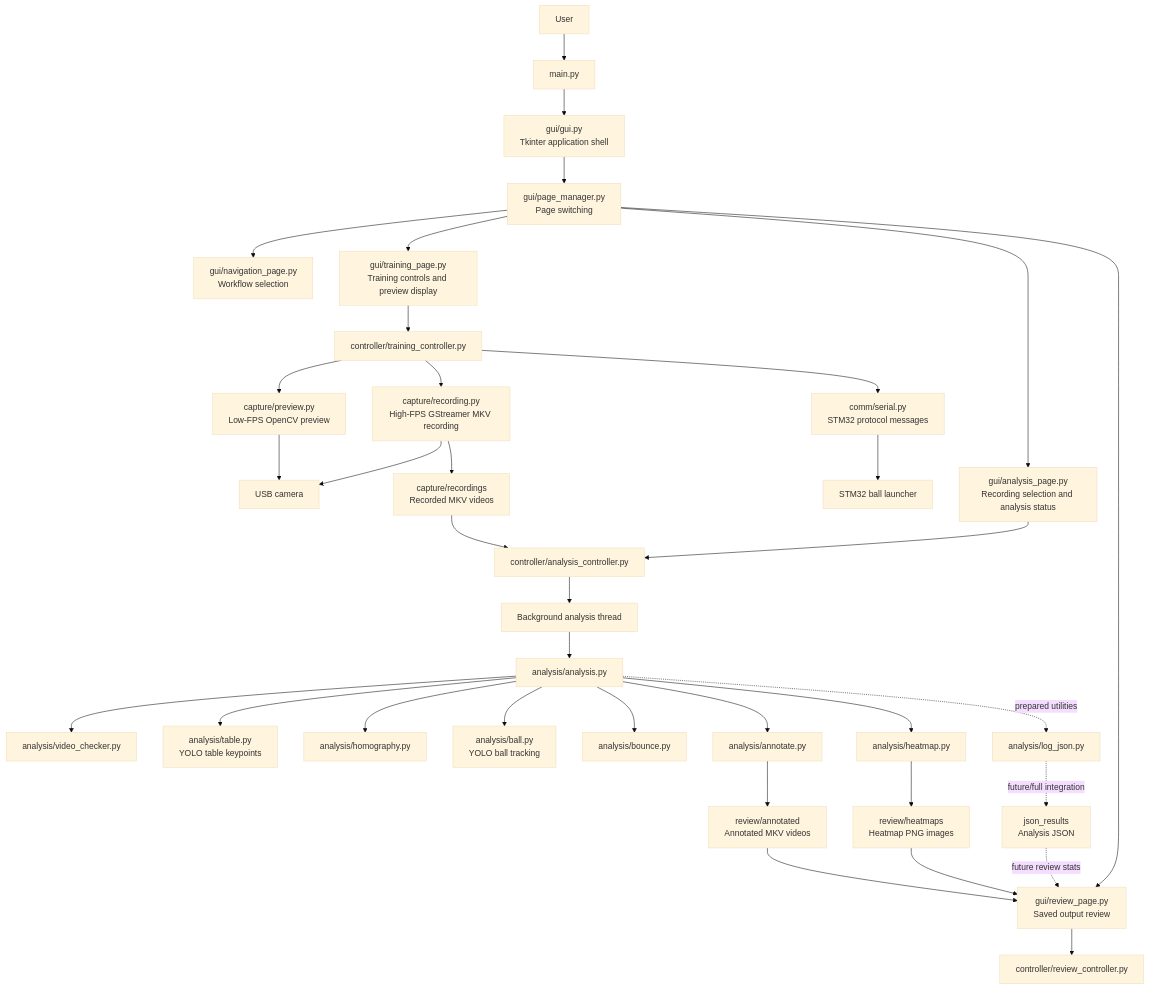
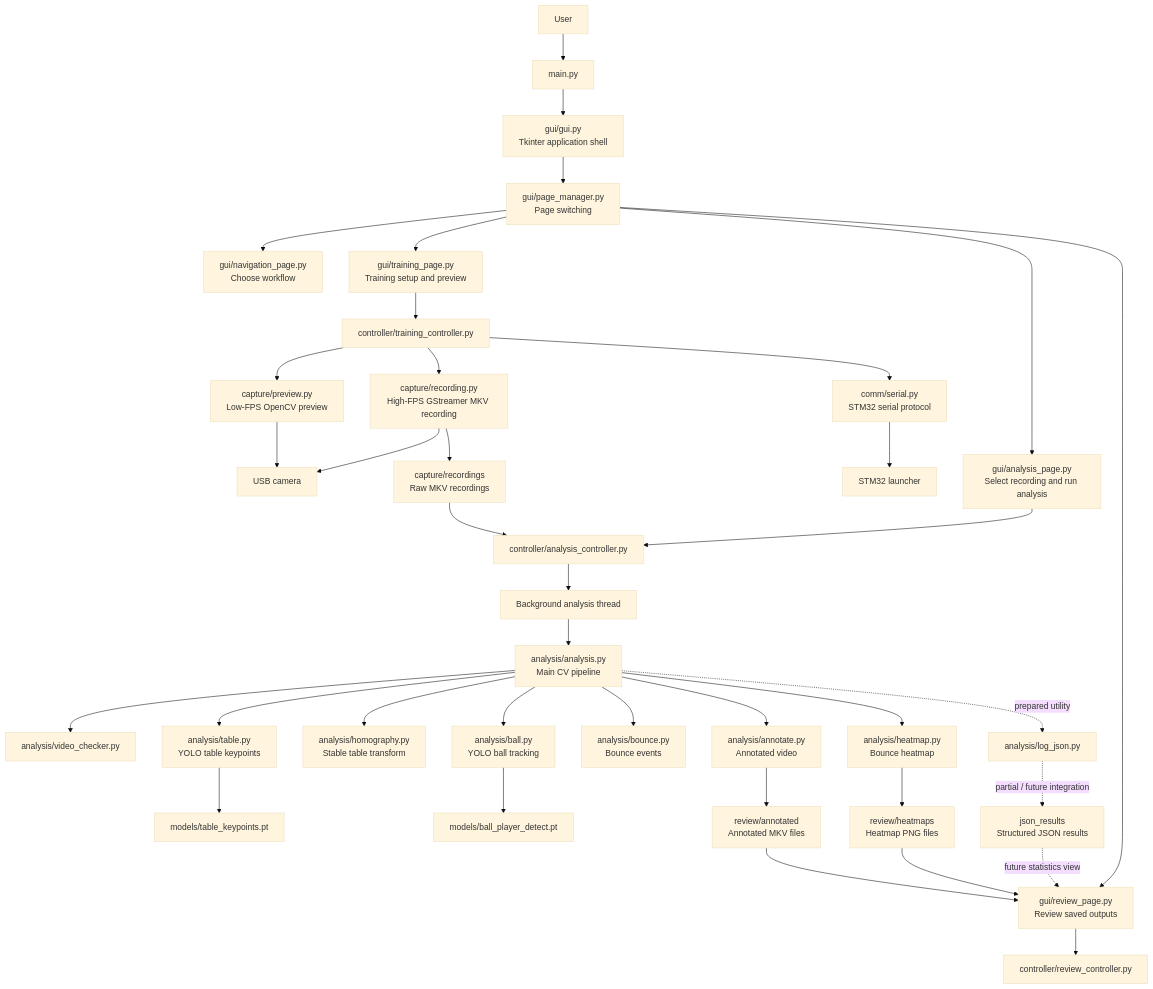
The first of 4 diagrams in jetson/docs/software_architecture.md (CoulterRolph/Capstone_Opencv), drawn with Mermaid (base theme) before and after one commit. The commit also changed other lines of this file and 3 other files, not shown here.

````diff
--- a/jetson/docs/software_architecture.md
+++ b/jetson/docs/software_architecture.md
@@ -50,46 +28,49 @@
 ```mermaid
 flowchart TD
     User[User] --> Main[main.py]
     Main --> GuiShell[gui/gui.py<br/>Tkinter application shell]
 
     GuiShell --> PageManager[gui/page_manager.py<br/>Page switching]
-    PageManager --> NavPage[gui/navigation_page.py<br/>Workflow selection]
-    PageManager --> TrainingPage[gui/training_page.py<br/>Training controls and preview display]
-    PageManager --> AnalysisPage[gui/analysis_page.py<br/>Recording selection and analysis status]
-    PageManager --> ReviewPage[gui/review_page.py<br/>Saved output review]
+    PageManager --> NavigationPage[gui/navigation_page.py<br/>Choose workflow]
+    PageManager --> TrainingPage[gui/training_page.py<br/>Training setup and preview]
+    PageManager --> AnalysisPage[gui/analysis_page.py<br/>Select recording and run analysis]
+    PageManager --> ReviewPage[gui/review_page.py<br/>Review saved outputs]
 
     TrainingPage --> TrainingController[controller/training_controller.py]
     AnalysisPage --> AnalysisController[controller/analysis_controller.py]
     ReviewPage --> ReviewController[controller/review_controller.py]
 
     TrainingController --> Preview[capture/preview.py<br/>Low-FPS OpenCV preview]
     TrainingController --> Recording[capture/recording.py<br/>High-FPS GStreamer MKV recording]
-    TrainingController --> Serial[comm/serial.py<br/>STM32 protocol messages]
+    TrainingController --> Serial[comm/serial.py<br/>STM32 serial protocol]
 
     Preview --> Camera[USB camera]
     Recording --> Camera
-    Serial --> STM32[STM32 ball launcher]
+    Serial --> STM32[STM32 launcher]
 
-    Recording --> Recordings[capture/recordings<br/>Recorded MKV videos]
-    Recordings --> AnalysisController
+    Recording --> RecordingFiles[capture/recordings<br/>Raw MKV recordings]
+    RecordingFiles --> AnalysisController
 
-    AnalysisController --> Worker[Background analysis thread]
-    Worker --> Pipeline[analysis/analysis.py]
+    AnalysisController --> AnalysisThread[Background analysis thread]
+    AnalysisThread --> Pipeline[analysis/analysis.py<br/>Main CV pipeline]
 
     Pipeline --> VideoCheck[analysis/video_checker.py]
     Pipeline --> TableDetect[analysis/table.py<br/>YOLO table keypoints]
-    Pipeline --> Homography[analysis/homography.py]
+    Pipeline --> Homography[analysis/homography.py<br/>Stable table transform]
     Pipeline --> BallTrack[analysis/ball.py<br/>YOLO ball tracking]
-    Pipeline --> BounceDetect[analysis/bounce.py]
-    Pipeline --> Annotate[analysis/annotate.py]
-    Pipeline --> Heatmap[analysis/heatmap.py]
-    Pipeline -. prepared utilities .-> JsonLog[analysis/log_json.py]
+    Pipeline --> BounceDetect[analysis/bounce.py<br/>Bounce events]
+    Pipeline --> Annotate[analysis/annotate.py<br/>Annotated video]
+    Pipeline --> Heatmap[analysis/heatmap.py<br/>Bounce heatmap]
+    Pipeline -. prepared utility .-> JsonLog[analysis/log_json.py]
 
-    Annotate --> AnnotatedOut[review/annotated<br/>Annotated MKV videos]
-    Heatmap --> HeatmapOut[review/heatmaps<br/>Heatmap PNG images]
-    JsonLog -. future/full integration .-> JsonOut[json_results<br/>Analysis JSON]
+    TableDetect --> TableModel[models/table_keypoints.pt]
+    BallTrack --> BallModel[models/ball_player_detect.pt]
 
-    AnnotatedOut --> ReviewPage
-    HeatmapOut --> ReviewPage
-    JsonOut -. future review stats .-> ReviewPage
+    Annotate --> AnnotatedOutput[review/annotated<br/>Annotated MKV files]
+    Heatmap --> HeatmapOutput[review/heatmaps<br/>Heatmap PNG files]
+    JsonLog -. partial / future integration .-> JsonOutput[json_results<br/>Structured JSON results]
+
+    AnnotatedOutput --> ReviewPage
+    HeatmapOutput --> ReviewPage
+    JsonOutput -. future statistics view .-> ReviewPage
 ```
````
